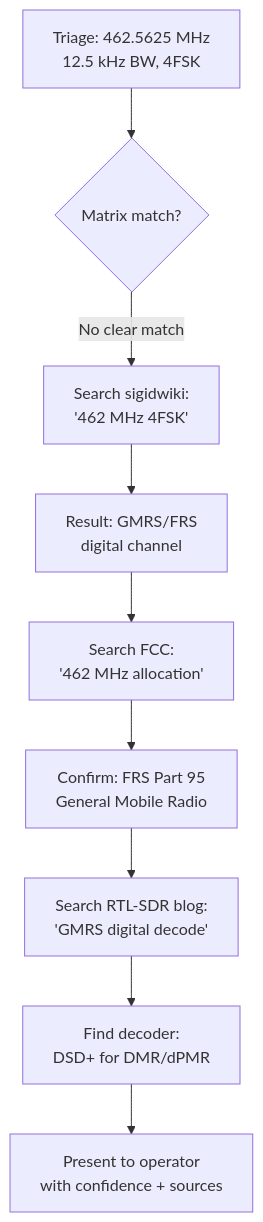
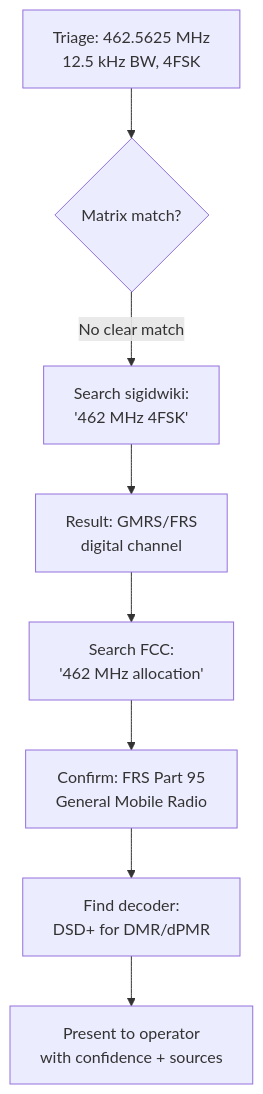
The diagram in SKILL.md (isaacbentley/sigint-rf-skill), drawn with Mermaid before and after one commit. The commit also changed other lines of this file, not shown here.

````diff
--- a/SKILL.md
+++ b/SKILL.md
@@ -272,11 +251,10 @@
 ```mermaid
 graph TD
     A["Triage: 462.5625 MHz<br>12.5 kHz BW, 4FSK"] --> B{"Matrix match?"}
     B -->|No clear match| C["Search sigidwiki:<br>'462 MHz 4FSK'"]
     C --> D["Result: GMRS/FRS<br>digital channel"]
     D --> E["Search FCC:<br>'462 MHz allocation'"]
     E --> F["Confirm: FRS Part 95<br>General Mobile Radio"]
-    F --> G["Search RTL-SDR blog:<br>'GMRS digital decode'"]
-    G --> H["Find decoder:<br>DSD+ for DMR/dPMR"]
+    F --> H["Find decoder:<br>DSD+ for DMR/dPMR"]
     H --> I["Present to operator<br>with confidence + sources"]
 ```
````
